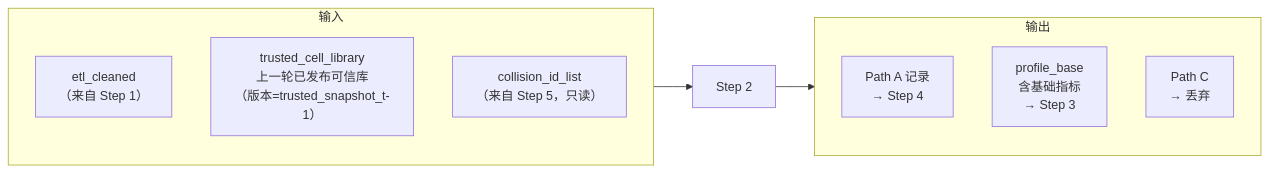
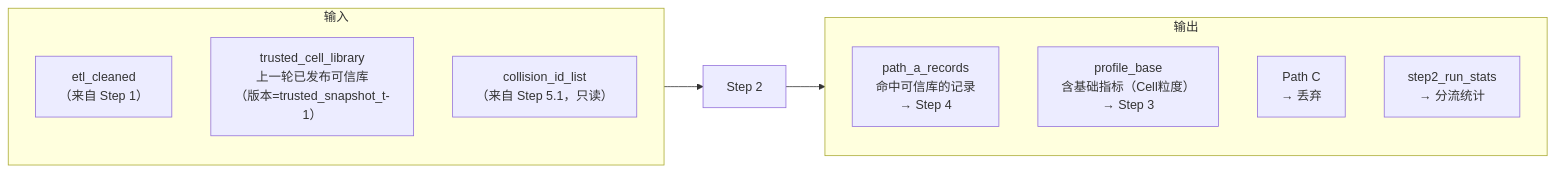
The fifth of 5 diagrams in rebuild5/docs/human_guide/02_Step2_基础画像与分流.md (laoyang75/OptiNet), drawn with Mermaid before and after one commit. The commit also changed other lines of this file and 169 other files, not shown here.

````diff
--- a/rebuild5/docs/human_guide/02_Step2_基础画像与分流.md
+++ b/rebuild5/docs/human_guide/02_Step2_基础画像与分流.md
@@ -150,18 +152,19 @@
 ```mermaid
 flowchart LR
     subgraph 输入
         I1["etl_cleaned\n（来自 Step 1）"]
         I2["trusted_cell_library\n上一轮已发布可信库\n（版本=trusted_snapshot_t-1）"]
-        I3["collision_id_list\n（来自 Step 5，只读）"]
+        I3["collision_id_list\n（来自 Step 5.1，只读）"]
     end
 
     S2["Step 2"]
 
     subgraph 输出
-        O1["Path A 记录\n→ Step 4"]
-        O2["profile_base\n含基础指标\n→ Step 3"]
+        O1["path_a_records\n命中可信库的记录\n→ Step 4"]
+        O2["profile_base\n含基础指标（Cell粒度）\n→ Step 3"]
         O3["Path C\n→ 丢弃"]
+        O4["step2_run_stats\n→ 分流统计"]
     end
 
     输入 --> S2 --> 输出
 ```
````
